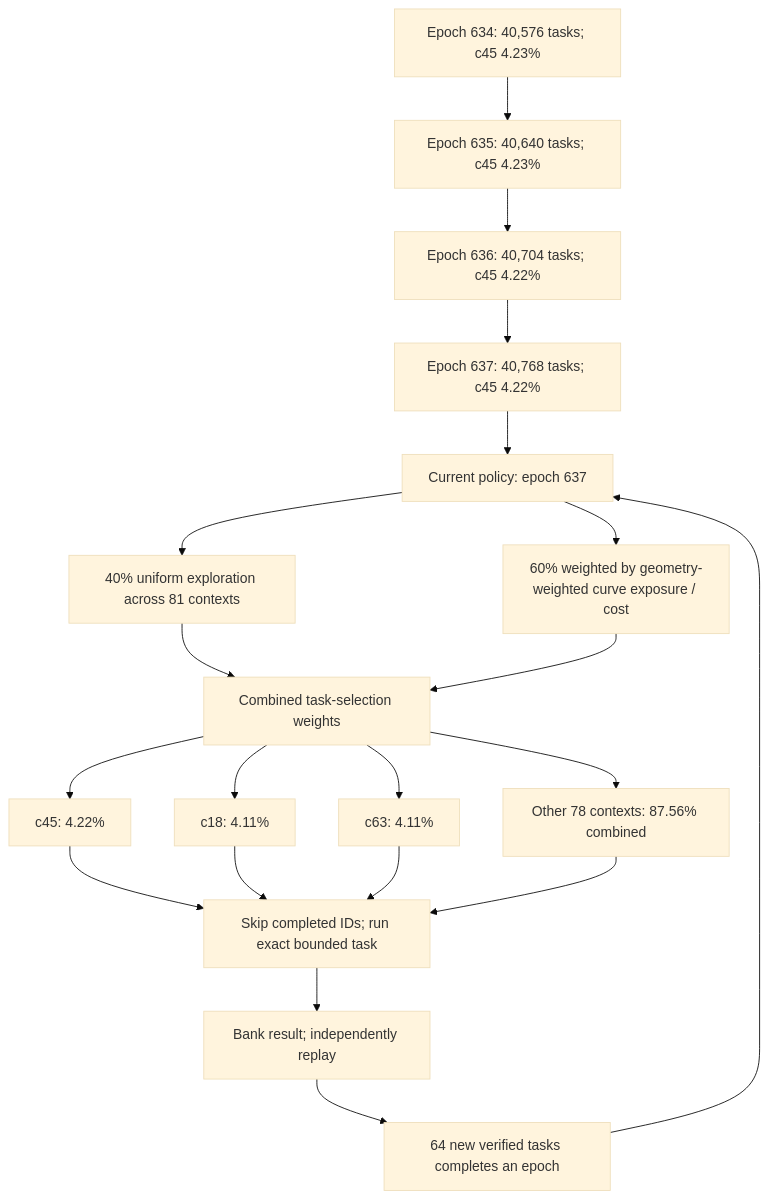
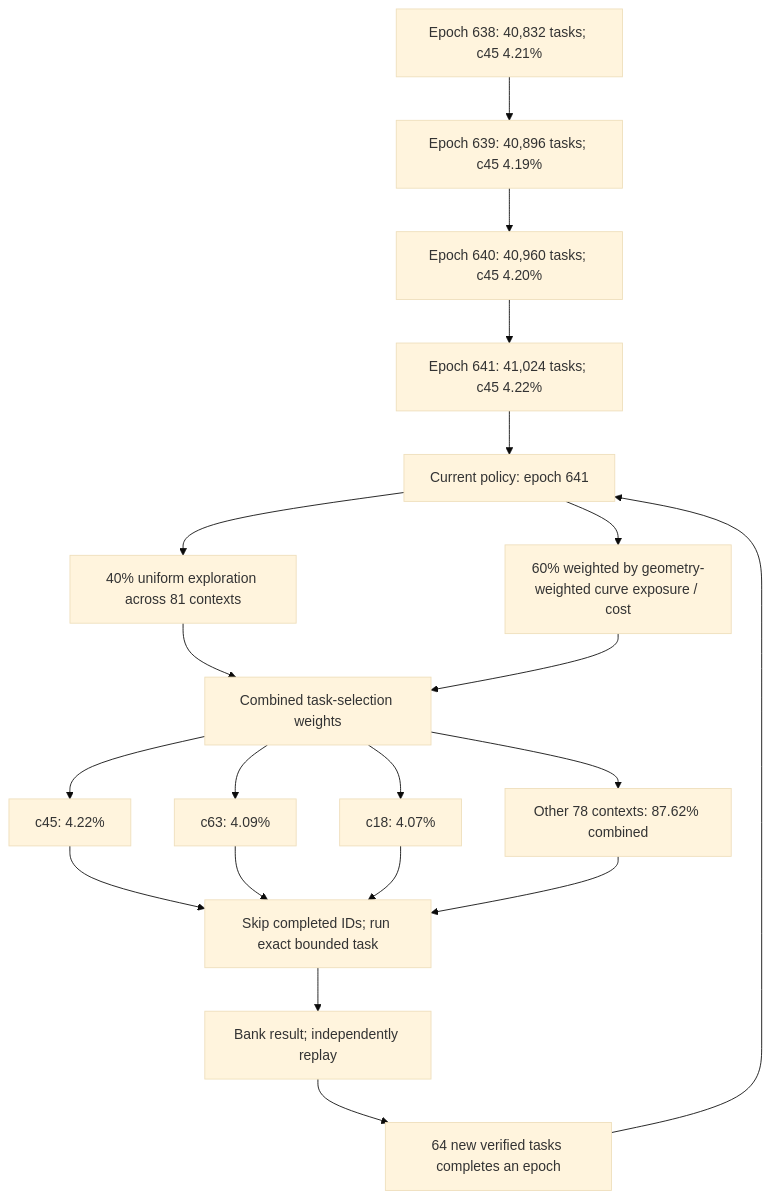
Before and after one commit to Kuberwastaken/math-gambling: the first of 3 diagrams in README.md, drawn with Mermaid (base theme). The commit also changed other lines of this file and 621 other files, not shown here.

````diff
--- a/README.md
+++ b/README.md
@@ -55,27 +55,27 @@
 ```mermaid
 flowchart TD
-    H0["Epoch 634: 40,576 tasks; c45 4.23%"]
-    H1["Epoch 635: 40,640 tasks; c45 4.23%"]
+    H0["Epoch 638: 40,832 tasks; c45 4.21%"]
+    H1["Epoch 639: 40,896 tasks; c45 4.19%"]
     H0 --> H1
-    H2["Epoch 636: 40,704 tasks; c45 4.22%"]
+    H2["Epoch 640: 40,960 tasks; c45 4.20%"]
     H1 --> H2
-    H3["Epoch 637: 40,768 tasks; c45 4.22%"]
+    H3["Epoch 641: 41,024 tasks; c45 4.22%"]
     H2 --> H3
-    Policy["Current policy: epoch 637"]
+    Policy["Current policy: epoch 641"]
     H3 --> Policy
     Policy --> Explore["40% uniform exploration across 81 contexts"]
     Policy --> Cost["60% weighted by geometry-weighted curve exposure / cost"]
     Explore --> Mix["Combined task-selection weights"]
     Cost --> Mix
     Mix --> C0["c45: 4.22%"]
-    Mix --> C1["c18: 4.11%"]
-    Mix --> C2["c63: 4.11%"]
-    Mix --> Rest["Other 78 contexts: 87.56% combined"]
+    Mix --> C1["c63: 4.09%"]
+    Mix --> C2["c18: 4.07%"]
+    Mix --> Rest["Other 78 contexts: 87.62% combined"]
     C0 --> Check["Skip completed IDs; run exact bounded task"]
     C1 --> Check
     C2 --> Check
     Rest --> Check
     Check --> Replay["Bank result; independently replay"]
     Replay --> Gate["64 new verified tasks completes an epoch"]
     Gate --> Policy
 ```
````
